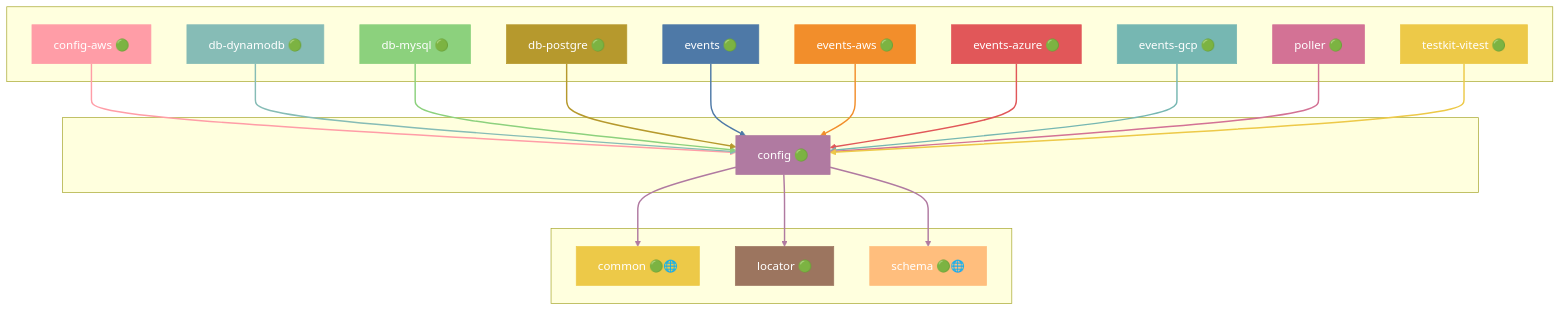
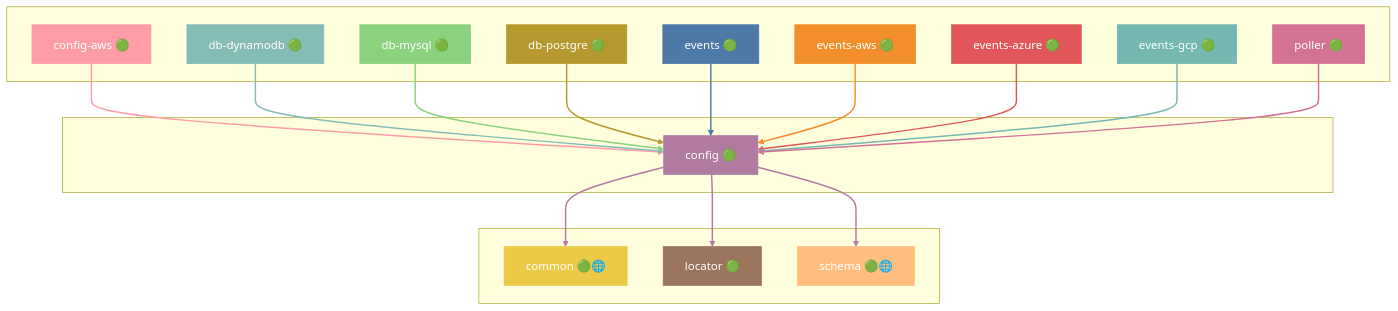
One commit to grest-ts/grest-ts changed the eighth of 46 diagrams in docs/DEPENDENCIES.md. Above: the diagram before and after it, drawn with Mermaid. The commit also changed other lines of this file and 2 other files, not shown here.

````diff
--- a/docs/DEPENDENCIES.md
+++ b/docs/DEPENDENCIES.md
@@ -639,63 +623,59 @@
 ```mermaid
 flowchart TB
     subgraph Dependents[" "]
         config-aws["config-aws 🟢"]
         db-dynamodb["db-dynamodb 🟢"]
         db-mysql["db-mysql 🟢"]
         db-postgre["db-postgre 🟢"]
         events["events 🟢"]
         events-aws["events-aws 🟢"]
         events-azure["events-azure 🟢"]
         events-gcp["events-gcp 🟢"]
         poller["poller 🟢"]
-        testkit-vitest["testkit-vitest 🟢"]
     end
     subgraph Package[" "]
         config["config 🟢"]
     end
     subgraph Dependencies[" "]
         common["common 🟢🌐"]
         locator["locator 🟢"]
         schema["schema 🟢🌐"]
     end
     config-aws --> config
     db-dynamodb --> config
     db-mysql --> config
     db-postgre --> config
     events --> config
     events-aws --> config
     events-azure --> config
     events-gcp --> config
     poller --> config
-    testkit-vitest --> config
     config --> common
     config --> locator
     config --> schema
     style config fill:#B07AA1,stroke:#B07AA1,color:#fff
     style config-aws fill:#FF9DA7,stroke:#FF9DA7,color:#fff
     style db-dynamodb fill:#86BCB6,stroke:#86BCB6,color:#fff
     style db-mysql fill:#8CD17D,stroke:#8CD17D,color:#fff
     style db-postgre fill:#B6992D,stroke:#B6992D,color:#fff
     style events fill:#4E79A7,stroke:#4E79A7,color:#fff
     style events-aws fill:#F28E2B,stroke:#F28E2B,color:#fff
     style events-azure fill:#E15759,stroke:#E15759,color:#fff
     style events-gcp fill:#76B7B2,stroke:#76B7B2,color:#fff
     style poller fill:#D37295,stroke:#D37295,color:#fff
-    style testkit-vitest fill:#EDC948,stroke:#EDC948,color:#fff
     style common fill:#EDC948,stroke:#EDC948,color:#fff
     style locator fill:#9C755F,stroke:#9C755F,color:#fff
     style schema fill:#FFBE7D,stroke:#FFBE7D,color:#fff
     linkStyle 0 stroke:#FF9DA7,stroke-width:2px
     linkStyle 1 stroke:#86BCB6,stroke-width:2px
     linkStyle 2 stroke:#8CD17D,stroke-width:2px
     linkStyle 3 stroke:#B6992D,stroke-width:2px
     linkStyle 4 stroke:#4E79A7,stroke-width:2px
     linkStyle 5 stroke:#F28E2B,stroke-width:2px
     linkStyle 6 stroke:#E15759,stroke-width:2px
     linkStyle 7 stroke:#76B7B2,stroke-width:2px
     linkStyle 8 stroke:#D37295,stroke-width:2px
-    linkStyle 9 stroke:#EDC948,stroke-width:2px
+    linkStyle 9 stroke:#B07AA1,stroke-width:2px
     linkStyle 10 stroke:#B07AA1,stroke-width:2px
     linkStyle 11 stroke:#B07AA1,stroke-width:2px
-    linkStyle 12 stroke:#B07AA1,stroke-width:2px
 ```
````
